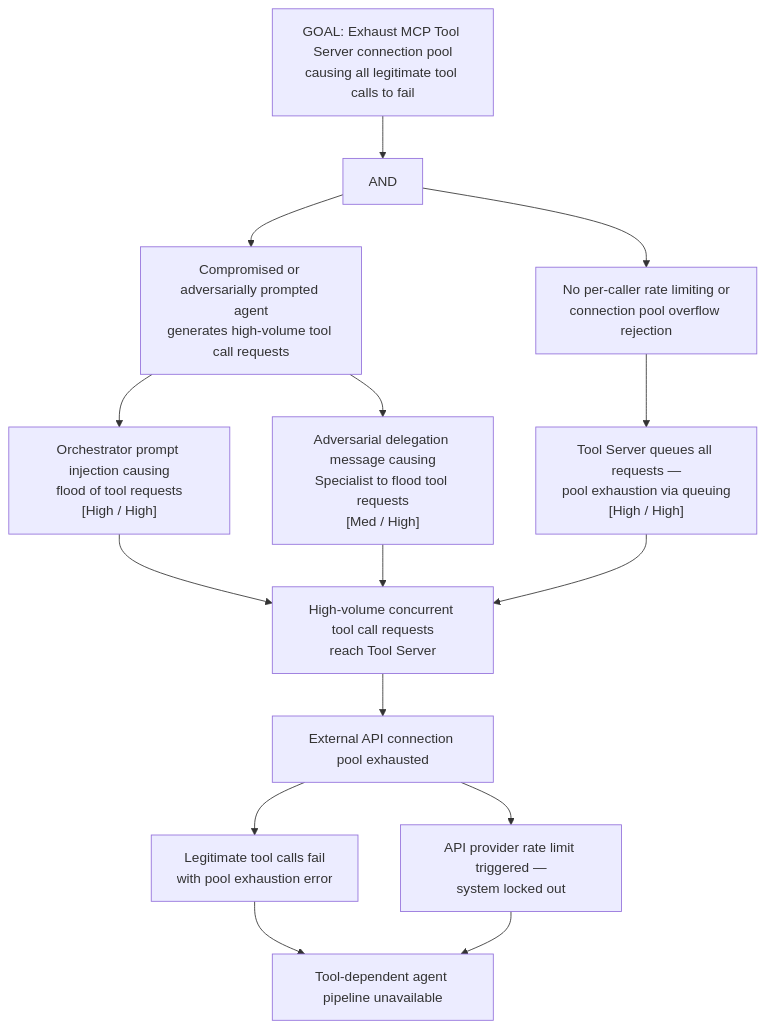
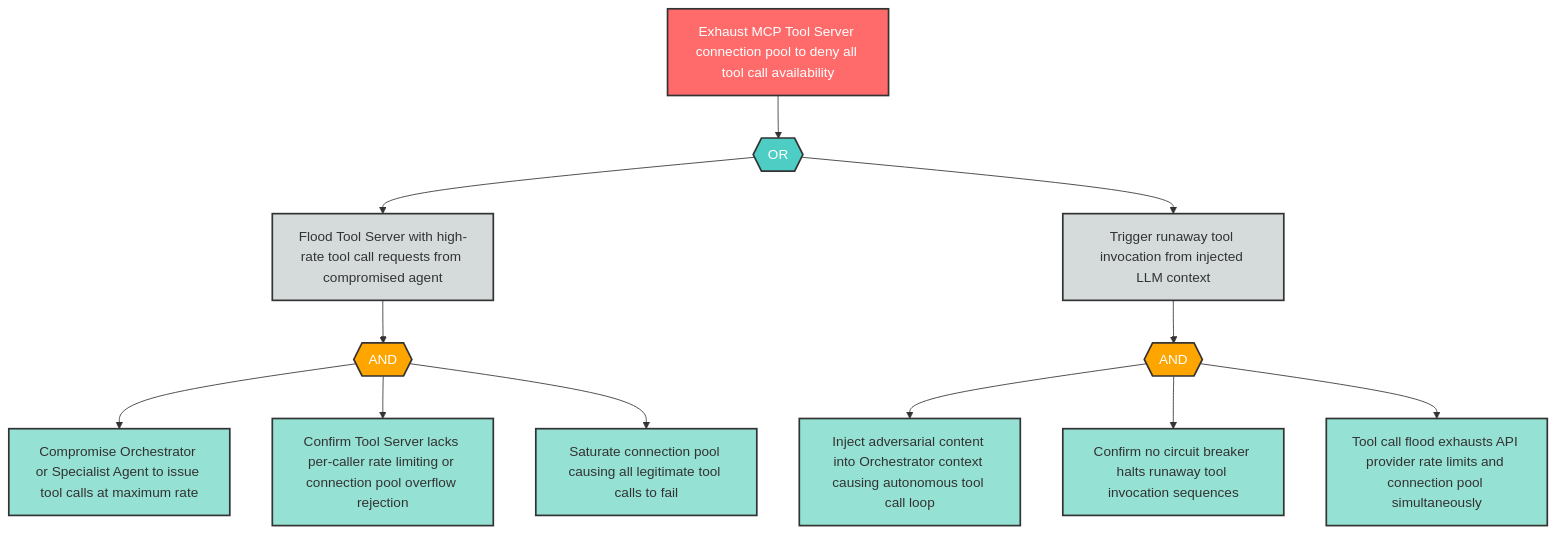
Before and after one commit to q-qp-p/davidmatousek-tachi: the diagram in examples/agentic-app/sample-report/attack-trees/D-5-attack-tree.md, drawn with Mermaid. The commit also changed other lines of this file and 156 other files, not shown here.

````diff
--- a/examples/agentic-app/sample-report/attack-trees/D-5-attack-tree.md
+++ b/examples/agentic-app/sample-report/attack-trees/D-5-attack-tree.md
@@ -10,18 +8,39 @@
 ```mermaid
-graph TD
-    GOAL["GOAL: Exhaust MCP Tool Server connection pool\ncausing all legitimate tool calls to fail"]
-    GOAL --> A["AND"]
-    A --> B["Compromised or adversarially prompted agent\ngenerates high-volume tool call requests"]
-    A --> C["No per-caller rate limiting or\nconnection pool overflow rejection"]
-    B --> B1["Orchestrator prompt injection causing\nflood of tool requests\n[High / High]"]
-    B --> B2["Adversarial delegation message causing\nSpecialist to flood tool requests\n[Med / High]"]
-    C --> C1["Tool Server queues all requests —\npool exhaustion via queuing\n[High / High]"]
-    B1 --> D["High-volume concurrent tool call requests\nreach Tool Server"]
-    B2 --> D
-    C1 --> D
-    D --> E["External API connection pool exhausted"]
-    E --> F1["Legitimate tool calls fail\nwith pool exhaustion error"]
-    E --> F2["API provider rate limit triggered —\nsystem locked out"]
-    F1 --> G["Tool-dependent agent pipeline unavailable"]
-    F2 --> G
+flowchart TD
+    D5_root["Exhaust MCP Tool Server connection pool to deny all tool call availability"]
+    D5_or1{{"OR"}}
+    D5_sub1["Flood Tool Server with high-rate tool call requests from compromised agent"]
+    D5_sub2["Trigger runaway tool invocation from injected LLM context"]
+    D5_and1{{"AND"}}
+    D5_leaf1["Compromise Orchestrator or Specialist Agent to issue tool calls at maximum rate"]
+    D5_leaf2["Confirm Tool Server lacks per-caller rate limiting or connection pool overflow rejection"]
+    D5_leaf3["Saturate connection pool causing all legitimate tool calls to fail"]
+    D5_and2{{"AND"}}
+    D5_leaf4["Inject adversarial content into Orchestrator context causing autonomous tool call loop"]
+    D5_leaf5["Confirm no circuit breaker halts runaway tool invocation sequences"]
+    D5_leaf6["Tool call flood exhausts API provider rate limits and connection pool simultaneously"]
+
+    D5_root --> D5_or1
+    D5_or1 --> D5_sub1
+    D5_or1 --> D5_sub2
+    D5_sub1 --> D5_and1
+    D5_and1 --> D5_leaf1
+    D5_and1 --> D5_leaf2
+    D5_and1 --> D5_leaf3
+    D5_sub2 --> D5_and2
+    D5_and2 --> D5_leaf4
+    D5_and2 --> D5_leaf5
+    D5_and2 --> D5_leaf6
+
+    classDef goal fill:#ff6b6b,stroke:#333,stroke-width:2px,color:#fff
+    classDef andGate fill:#ffa500,stroke:#333,stroke-width:2px,color:#fff
+    classDef orGate fill:#4ecdc4,stroke:#333,stroke-width:2px,color:#fff
+    classDef subGoal fill:#d5dbdb,stroke:#333,stroke-width:2px,color:#333
+    classDef leaf fill:#95e1d3,stroke:#333,stroke-width:2px,color:#333
+
+    class D5_root goal
+    class D5_or1 orGate
+    class D5_and1,D5_and2 andGate
+    class D5_sub1,D5_sub2 subGoal
+    class D5_leaf1,D5_leaf2,D5_leaf3,D5_leaf4,D5_leaf5,D5_leaf6 leaf
 ```
````
